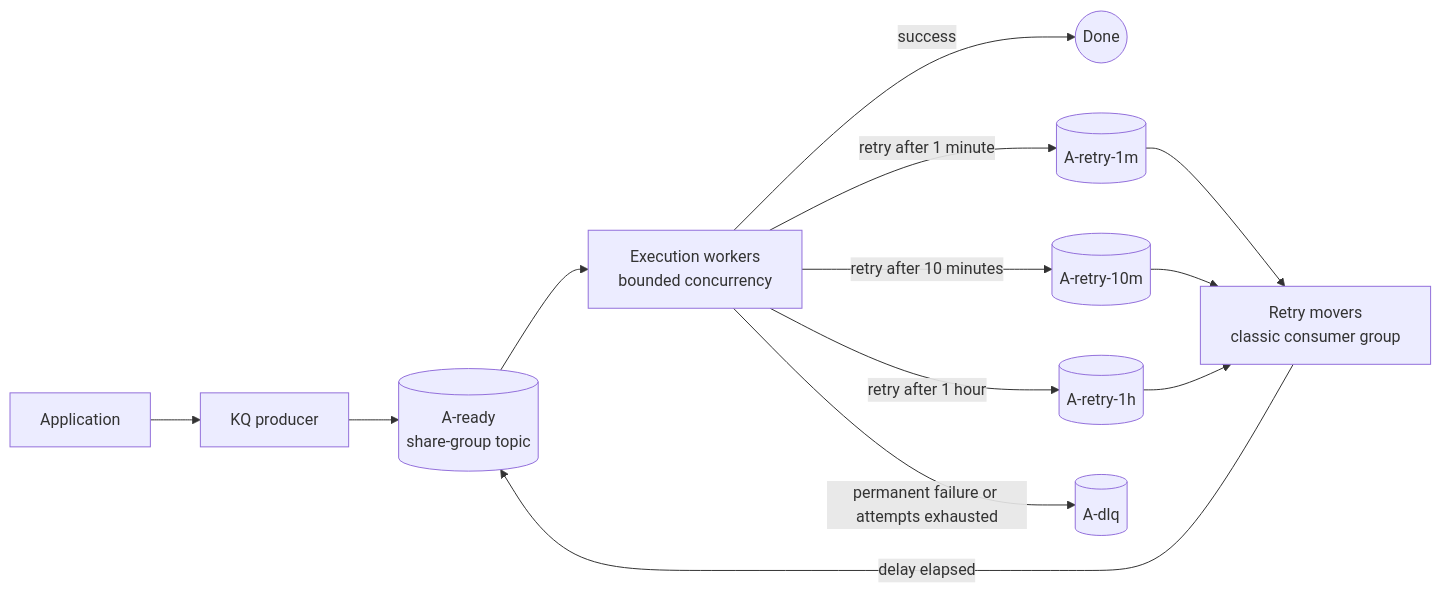
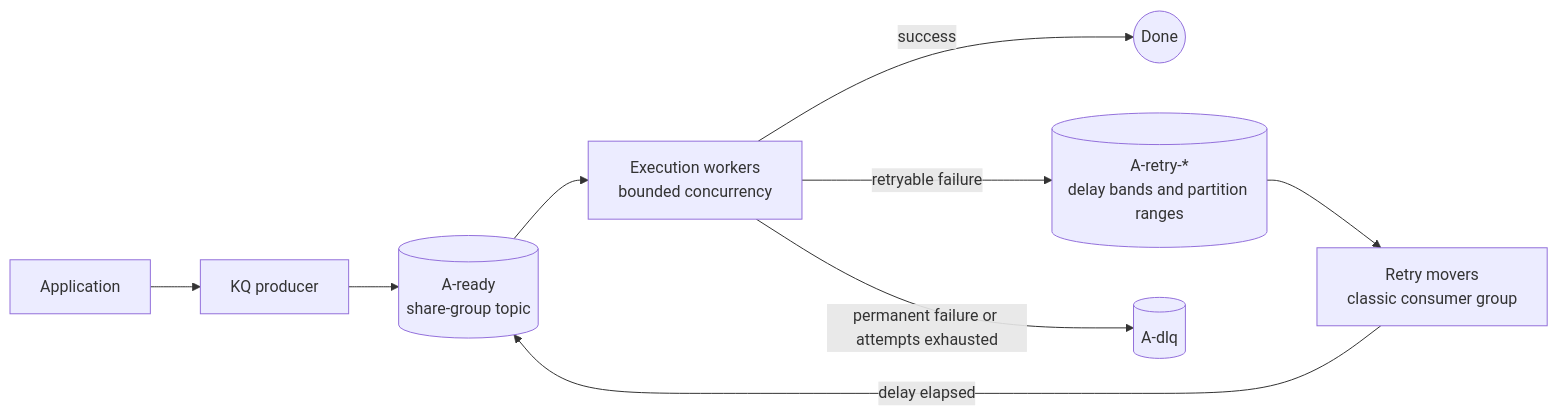
The first of 2 diagrams in docs/architecture/README.md (raydatray/kq), drawn with Mermaid before and after one commit. The commit also changed other lines of this file and 3 other files, not shown here.

````diff
--- a/docs/architecture/README.md
+++ b/docs/architecture/README.md
@@ -11,17 +11,13 @@
 ```mermaid
 flowchart LR
     App[Application] --> Producer[KQ producer]
     Producer --> Ready[(A-ready<br/>share-group topic)]
 
     Ready --> Workers[Execution workers<br/>bounded concurrency]
     Workers -->|success| Done((Done))
-    Workers -->|retry after 1 minute| Retry1[(A-retry-1m)]
-    Workers -->|retry after 10 minutes| Retry10[(A-retry-10m)]
-    Workers -->|retry after 1 hour| Retry60[(A-retry-1h)]
+    Workers -->|retryable failure| Retry[(A-retry-*<br/>delay bands and partition ranges)]
     Workers -->|permanent failure or attempts exhausted| DLQ[(A-dlq)]
 
-    Retry1 --> Movers[Retry movers<br/>classic consumer group]
-    Retry10 --> Movers
-    Retry60 --> Movers
+    Retry --> Movers[Retry movers<br/>classic consumer group]
     Movers -->|delay elapsed| Ready
 ```
````
